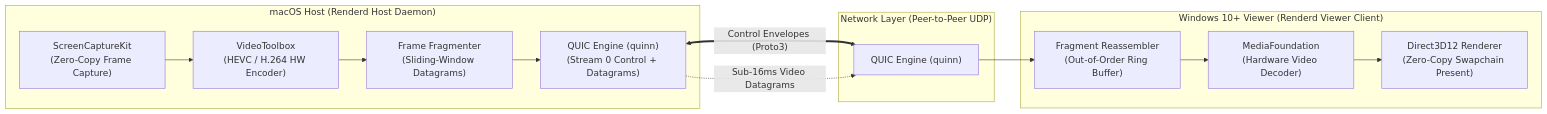
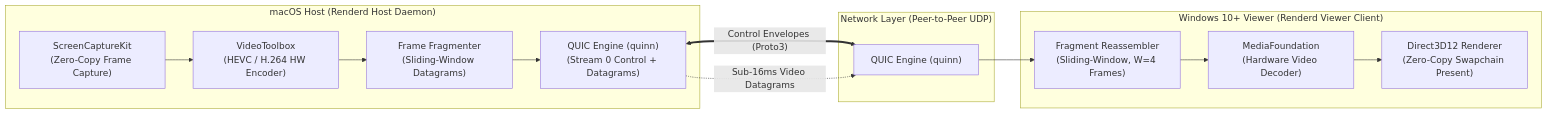
One commit to Ad1th/Renderd changed the diagram in README.md. Above: the diagram before and after it, drawn with Mermaid. The commit also changed other lines of this file and 3 other files, not shown here.

First line of the commit message:
docs(workspace): update README, CHANGELOG, and architecture docs for M3 completion

````diff
--- a/README.md
+++ b/README.md
@@ -48,19 +48,19 @@
 ```mermaid
 flowchart LR
     subgraph macOS Host ["macOS Host (Renderd Host Daemon)"]
         SCK["ScreenCaptureKit\n(Zero-Copy Frame Capture)"] --> VT["VideoToolbox\n(HEVC / H.264 HW Encoder)"]
         VT --> FRAG["Frame Fragmenter\n(Sliding-Window Datagrams)"]
         FRAG --> QUIC_H["QUIC Engine (quinn)\n(Stream 0 Control + Datagrams)"]
     end
 
     subgraph Transport ["Network Layer (Peer-to-Peer UDP)"]
         QUIC_H <== "Control Envelopes (Proto3)" ==> QUIC_V["QUIC Engine (quinn)"]
         QUIC_H -. "Sub-16ms Video Datagrams" .-> QUIC_V
     end
 
     subgraph Windows Viewer ["Windows 10+ Viewer (Renderd Viewer Client)"]
-        QUIC_V --> REASS["Fragment Reassembler\n(Out-of-Order Ring Buffer)"]
+        QUIC_V --> REASS["Fragment Reassembler\n(Sliding-Window, W=4 Frames)"]
         REASS --> MF["MediaFoundation\n(Hardware Video Decoder)"]
         MF --> D3D12["Direct3D12 Renderer\n(Zero-Copy Swapchain Present)"]
     end
 ```
````
